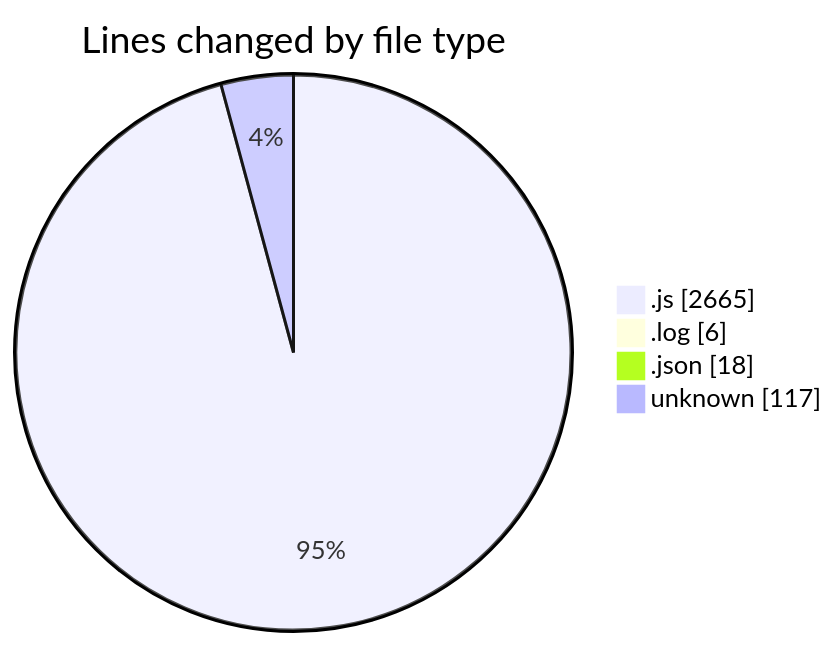
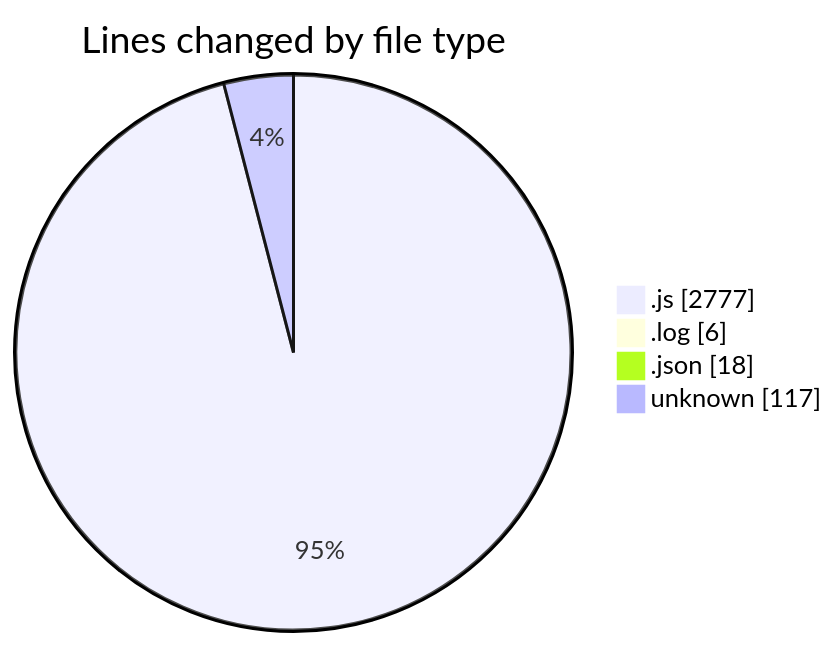
Before and after one commit to BS-eng2023/code-tracking: the first of 2 diagrams in 2025-03-31/jsvms/README.md, drawn with Mermaid. The commit also changed other lines of this file and 1 other file, not shown here.

````diff
--- a/2025-03-31/jsvms/README.md
+++ b/2025-03-31/jsvms/README.md
@@ -49,8 +50,8 @@
 ```mermaid
 pie showData
 title Lines changed by file type
-".js" : 2665
+".js" : 2777
 ".log" : 6
 ".json" : 18
 "unknown" : 117
 ```
````
